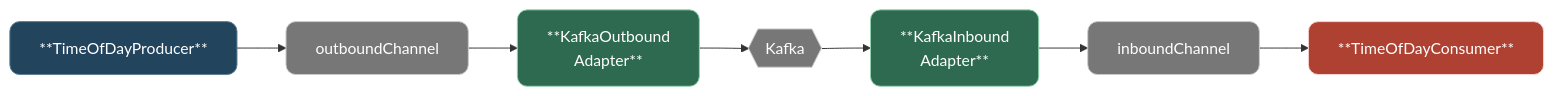
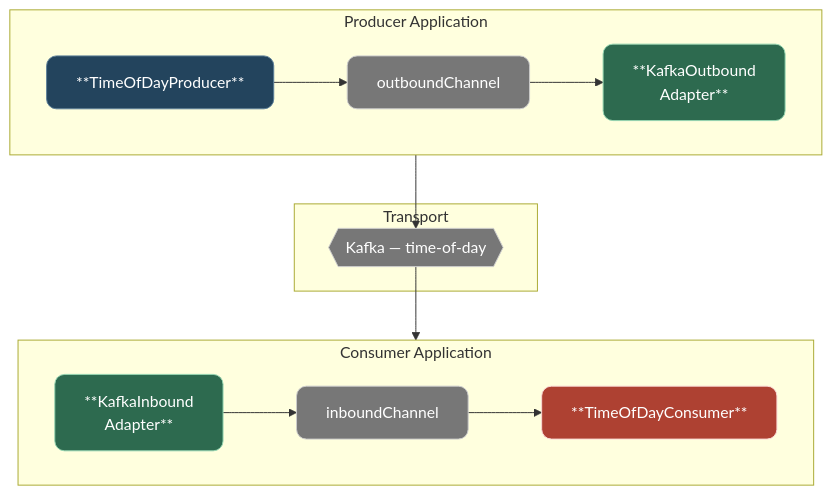
Before and after one commit to jefferyedwards/a-stultitia: the third of 4 diagrams in OVERVIEW.md, drawn with Mermaid. The commit also changed other lines of this file, not shown here.

Commit message:
Reformat Mermaid diagrams to top-down layout in OVERVIEW.md

````diff
--- a/OVERVIEW.md
+++ b/OVERVIEW.md
@@ -237,20 +237,31 @@
 ```mermaid
-flowchart LR
+flowchart TD
   classDef shade1 fill:#23445D,stroke:#5D7F99,rx:10,color:#FFFFFF
   classDef shade2 fill:#AE4132,stroke:#FAD9D5,rx:10,color:#FFFFFF
   classDef shade3 fill:#777777,stroke:#CCCCCC,rx:10,color:#FFFFFF
   classDef shade4 fill:#2D6A4F,stroke:#95D5B2,rx:10,color:#FFFFFF
 
-  PP["**TimeOfDayProducer**"] --> OC["outboundChannel"]
-  OC --> KOA["**KafkaOutbound<br/>Adapter**"]
-  KOA --> KAFKA{{"Kafka"}}
-  KAFKA --> KIA["**KafkaInbound<br/>Adapter**"]
-  KIA --> IC["inboundChannel"]
-  IC --> CC["**TimeOfDayConsumer**"]
+  subgraph Producer Application
+    direction LR
+    PP["**TimeOfDayProducer**"] --> OC["outboundChannel"]
+    OC --> KOA["**KafkaOutbound<br/>Adapter**"]
+  end
+
+  subgraph Transport
+    KAFKA{{"Kafka — time-of-day"}}
+  end
+
+  subgraph Consumer Application
+    direction LR
+    KIA["**KafkaInbound<br/>Adapter**"] --> IC["inboundChannel"]
+    IC --> CC["**TimeOfDayConsumer**"]
+  end
+
+  KOA --> KAFKA --> KIA
 
   class PP shade1
   class CC shade2
   class KAFKA shade3
   class KOA,KIA shade4
   class OC,IC shade3
 ```
````
